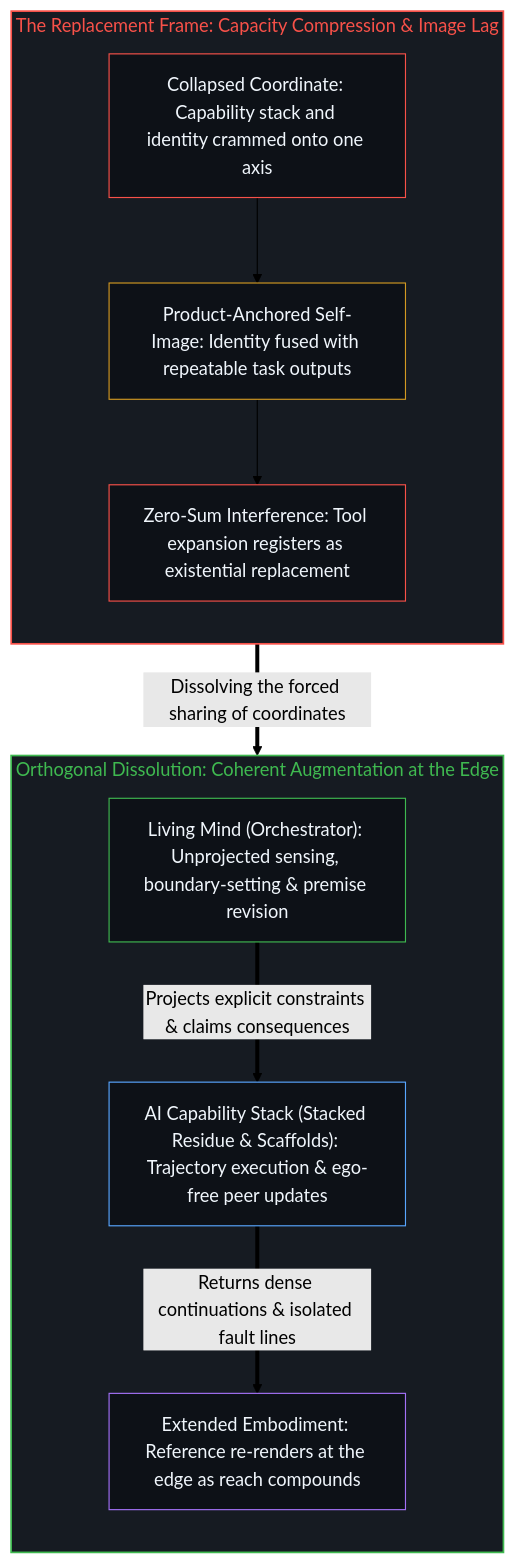
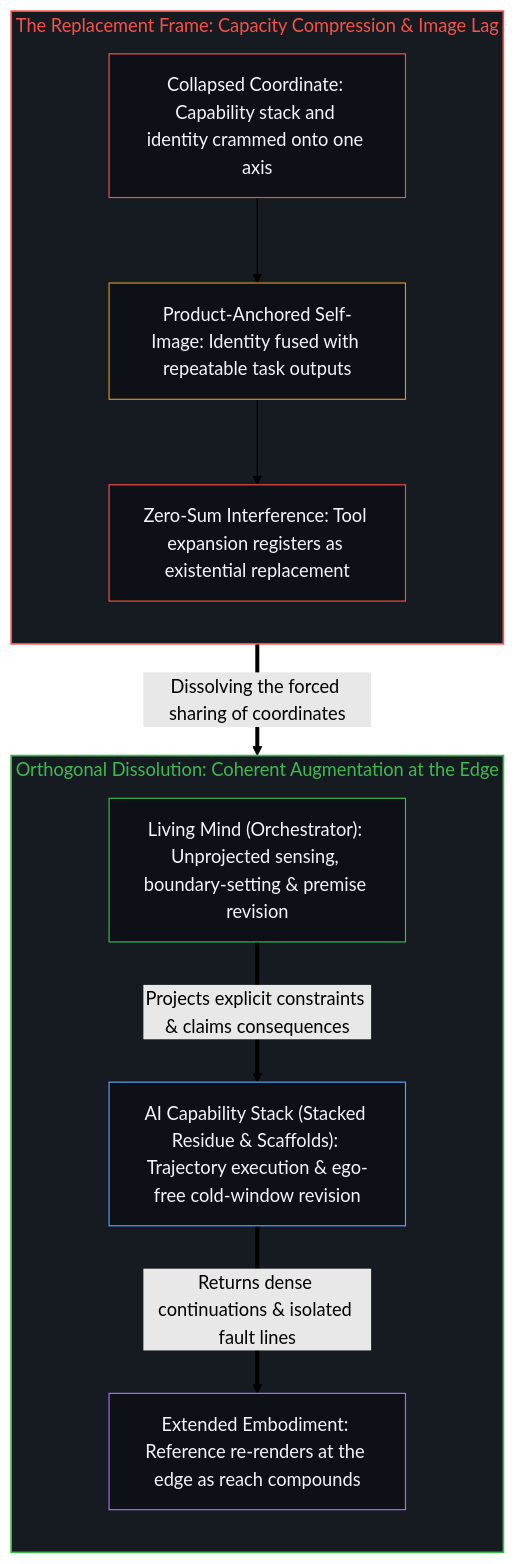
One commit to powerpig99/not-a-toe changed the second of 2 diagrams in content/posts/ai-as-augmentation.md. Above: the diagram before and after it, drawn with Mermaid (forest theme). The commit also changed other lines of this file and 48 other files, not shown here.

````diff
--- a/content/posts/ai-as-augmentation.md
+++ b/content/posts/ai-as-augmentation.md
@@ -88,30 +85,27 @@
 ```mermaid
 flowchart TD
     subgraph S_Collapse["The Replacement Frame: Capacity Compression & Image Lag"]
         direction TB
         Fuse["Collapsed Coordinate: Capability stack and identity crammed onto one axis"]
         Anchor["Product-Anchored Self-Image: Identity fused with repeatable task outputs"]
         Threat["Zero-Sum Interference: Tool expansion registers as existential replacement"]
         Fuse --> Anchor --> Threat
     end
-
     subgraph S_Augment["Orthogonal Dissolution: Coherent Augmentation at the Edge"]
         direction TB
         Mind["Living Mind (Orchestrator): Unprojected sensing, boundary-setting & premise revision"]
-        Stack["AI Capability Stack (Stacked Residue & Scaffolds): Trajectory execution & ego-free peer updates"]
+        Stack["AI Capability Stack (Stacked Residue & Scaffolds): Trajectory execution & ego-free cold-window revision"]
         Reach["Extended Embodiment: Reference re-renders at the edge as reach compounds"]
         Mind ==>|"Projects explicit constraints & claims consequences"| Stack
         Stack ==>|"Returns dense continuations & isolated fault lines"| Reach
     end
-
     Threat ==>|"Dissolving the forced sharing of coordinates"| Mind
-
     style S_Collapse fill:#161b22,stroke:#f85149,stroke-width:1.5px,color:#f85149
     style S_Augment fill:#161b22,stroke:#3fb950,stroke-width:1.5px,color:#3fb950
     style Fuse fill:#0d1117,stroke:#f85149,stroke-width:1px,color:#f0f6fc
     style Anchor fill:#0d1117,stroke:#d29922,stroke-width:1px,color:#f0f6fc
     style Threat fill:#0d1117,stroke:#f85149,stroke-width:1px,color:#f0f6fc
     style Mind fill:#0d1117,stroke:#3fb950,stroke-width:1px,color:#f0f6fc
     style Stack fill:#0d1117,stroke:#58a6ff,stroke-width:1px,color:#f0f6fc
     style Reach fill:#0d1117,stroke:#a371f7,stroke-width:1px,color:#f0f6fc
 ```
````
